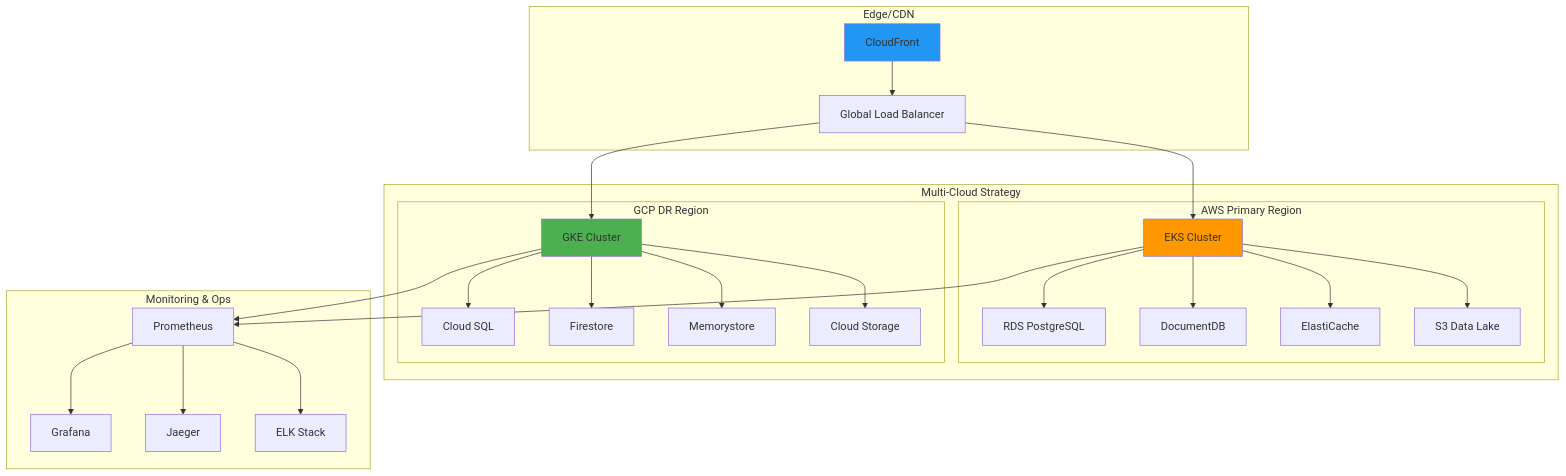
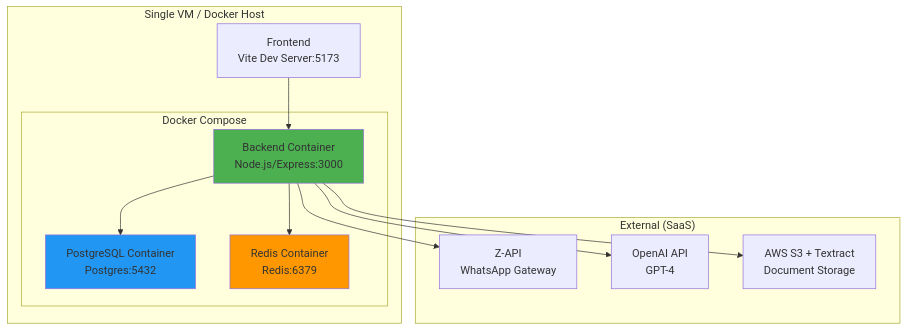
The seventh of 8 diagrams in docs/architecture_diagrams.md (rodaquino-OMNI/Coordenacao-Cuidado-Enterprise), drawn with Mermaid before and after one commit. The commit also changed other lines of this file and 14 other files, not shown here.

Commit message:
wave-4: documentation & ADRs — architecture v2.0 (honest), 6 ADRs, OpenAPI 3.0 (36 endpoints), operations runbook, developer guide, PROJECT_STATUS.md, final compliance review

````diff
--- a/docs/architecture_diagrams.md
+++ b/docs/architecture_diagrams.md
@@ -330,56 +268,28 @@
 ```mermaid
 graph TB
-    subgraph "Multi-Cloud Strategy"
-        subgraph "AWS Primary Region"
-            A[EKS Cluster]
-            B[RDS PostgreSQL]
-            C[DocumentDB]
-            D[ElastiCache]
-            E[S3 Data Lake]
+    subgraph "Single VM / Docker Host"
+        subgraph "Docker Compose"
+            A[Backend Container<br/>Node.js/Express:3000]
+            B[PostgreSQL Container<br/>Postgres:5432]
+            C[Redis Container<br/>Redis:6379]
         end
-
-        subgraph "GCP DR Region"
-            F[GKE Cluster]
-            G[Cloud SQL]
-            H[Firestore]
-            I[Memorystore]
-            J[Cloud Storage]
-        end
+        D[Frontend<br/>Vite Dev Server:5173]
     end
 
-    subgraph "Edge/CDN"
-        K[CloudFront]
-        L[Global Load Balancer]
+    subgraph "External (SaaS)"
+        E[Z-API<br/>WhatsApp Gateway]
+        F[OpenAI API<br/>GPT-4]
+        G[AWS S3 + Textract<br/>Document Storage]
     end
-
-    subgraph "Monitoring & Ops"
-        M[Prometheus]
-        N[Grafana]
-        O[Jaeger]
-        P[ELK Stack]
-    end
-
-    K --> L
-    L --> A
-    L --> F
 
     A --> B
     A --> C
-    A --> D
+    D --> A
     A --> E
+    A --> F
+    A --> G
 
-    F --> G
-    F --> H
-    F --> I
-    F --> J
-
-    A --> M
-    F --> M
-    M --> N
-    M --> O
-    M --> P
-
-    style A fill:#ff9800
-    style F fill:#4caf50
-    style K fill:#2196f3
+    style A fill:#4caf50
+    style B fill:#2196f3
+    style C fill:#ff9800
 ```
````
